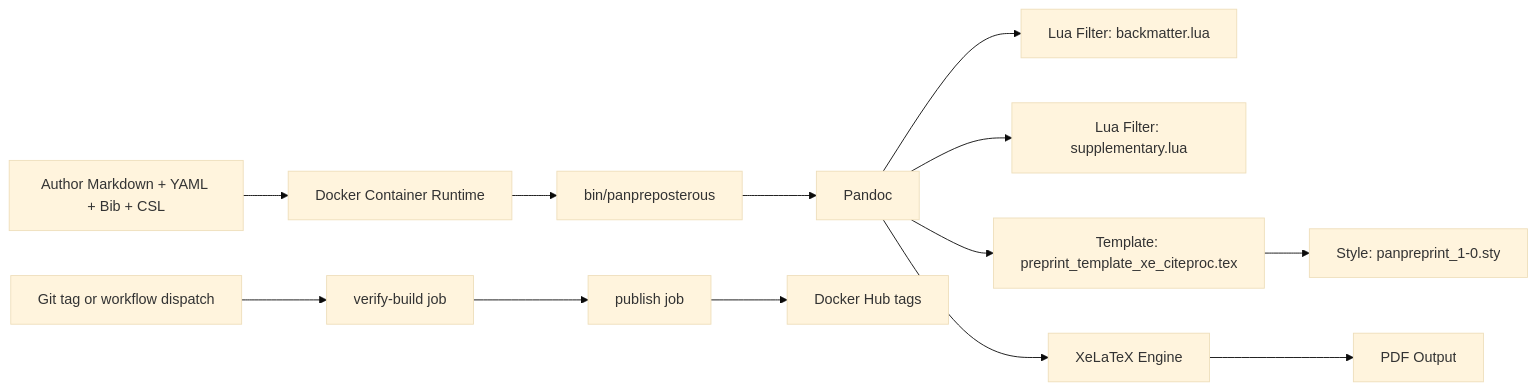
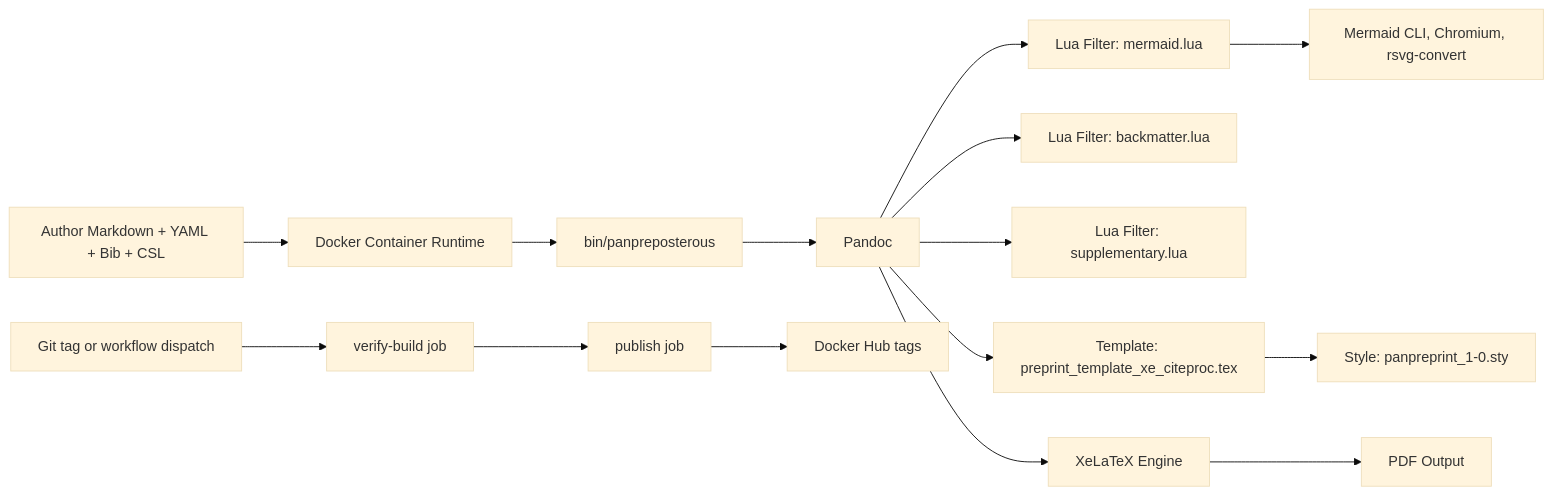
One commit to costantinicarlo/panpreposterous changed the diagram in docs/architecture.md. Above: the diagram before and after it, drawn with Mermaid (base theme). The commit also changed other lines of this file and 5 other files, not shown here.

Commit message:
docs(changelog): update changelog for 1.4.1 release and document Mermaid filter enhancements

````diff
--- a/docs/architecture.md
+++ b/docs/architecture.md
@@ -13,15 +13,17 @@
 ```mermaid
 flowchart LR
     A[Author Markdown + YAML + Bib + CSL] --> B[Docker Container Runtime]
     B --> C[bin/panpreposterous]
     C --> D[Pandoc]
-    D --> E[Lua Filter: backmatter.lua]
-    D --> F[Lua Filter: supplementary.lua]
-    D --> G[Template: preprint_template_xe_citeproc.tex]
-    G --> H[Style: panpreprint_1-0.sty]
+    D --> E[Lua Filter: mermaid.lua]
+    D --> F[Lua Filter: backmatter.lua]
+    D --> G[Lua Filter: supplementary.lua]
+    D --> T[Template: preprint_template_xe_citeproc.tex]
+    E --> R[Mermaid CLI, Chromium, rsvg-convert]
+    T --> H[Style: panpreprint_1-0.sty]
     D --> I[XeLaTeX Engine]
     I --> J[PDF Output]
     K[Git tag or workflow dispatch] --> L[verify-build job]
     L --> M[publish job]
     M --> N[Docker Hub tags]
 ```
````
